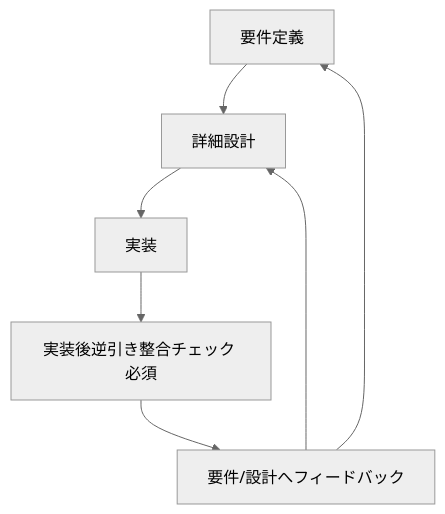
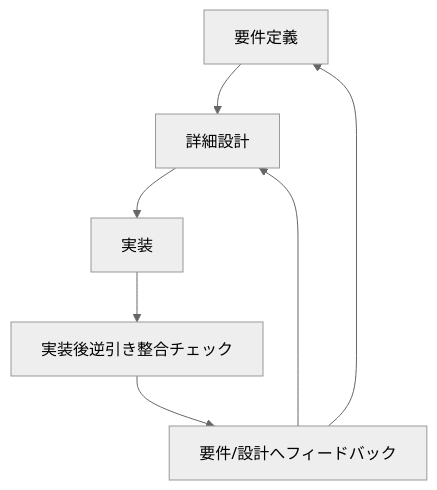
Before and after one commit to notfolder/isdd: the diagram in isdd-change-candidates-review.md, drawn with Mermaid (neutral theme). The commit also changed other lines of this file, not shown here.

````diff
--- a/isdd-change-candidates-review.md
+++ b/isdd-change-candidates-review.md
@@ -187,9 +187,9 @@
 ```mermaid
 graph TD
     REQ[要件定義] --> DES[詳細設計]
     DES --> COD[実装]
-    COD --> POST[実装後逆引き整合チェック 必須]
+    COD --> POST[実装後逆引き整合チェック]
     POST --> FB[要件/設計へフィードバック]
     FB --> REQ
     FB --> DES
 ```
````
